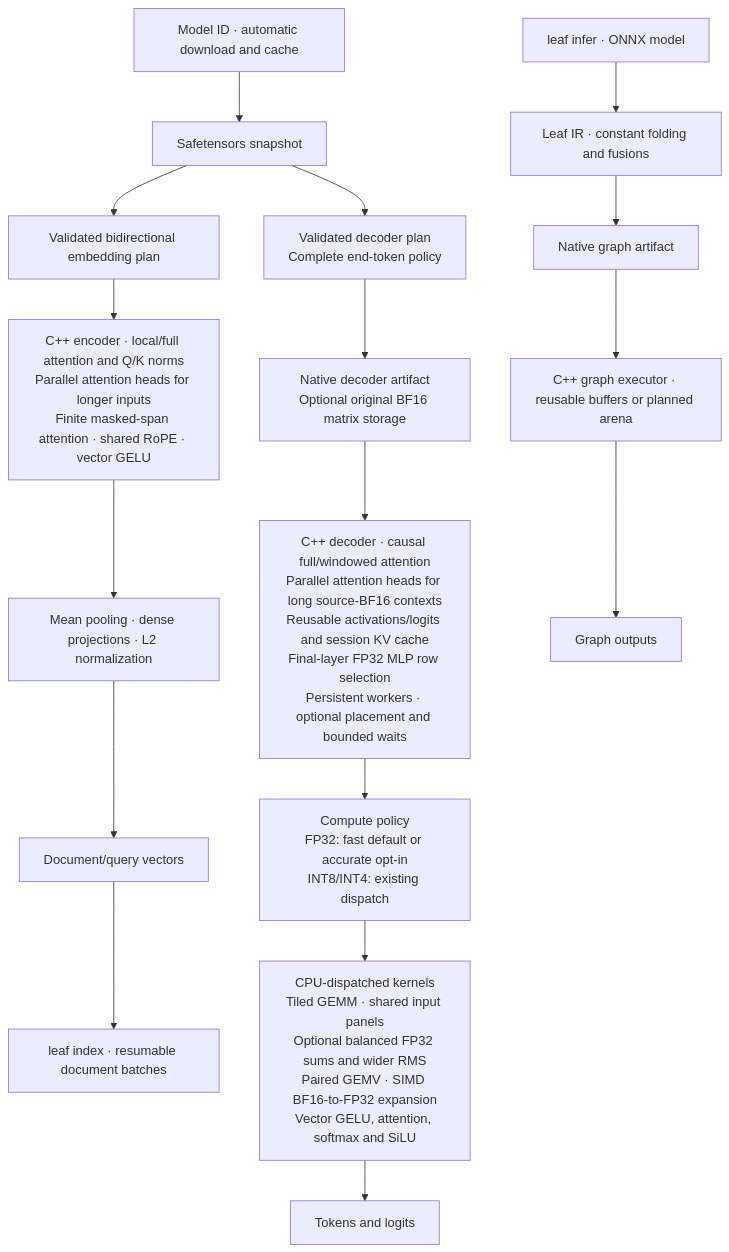
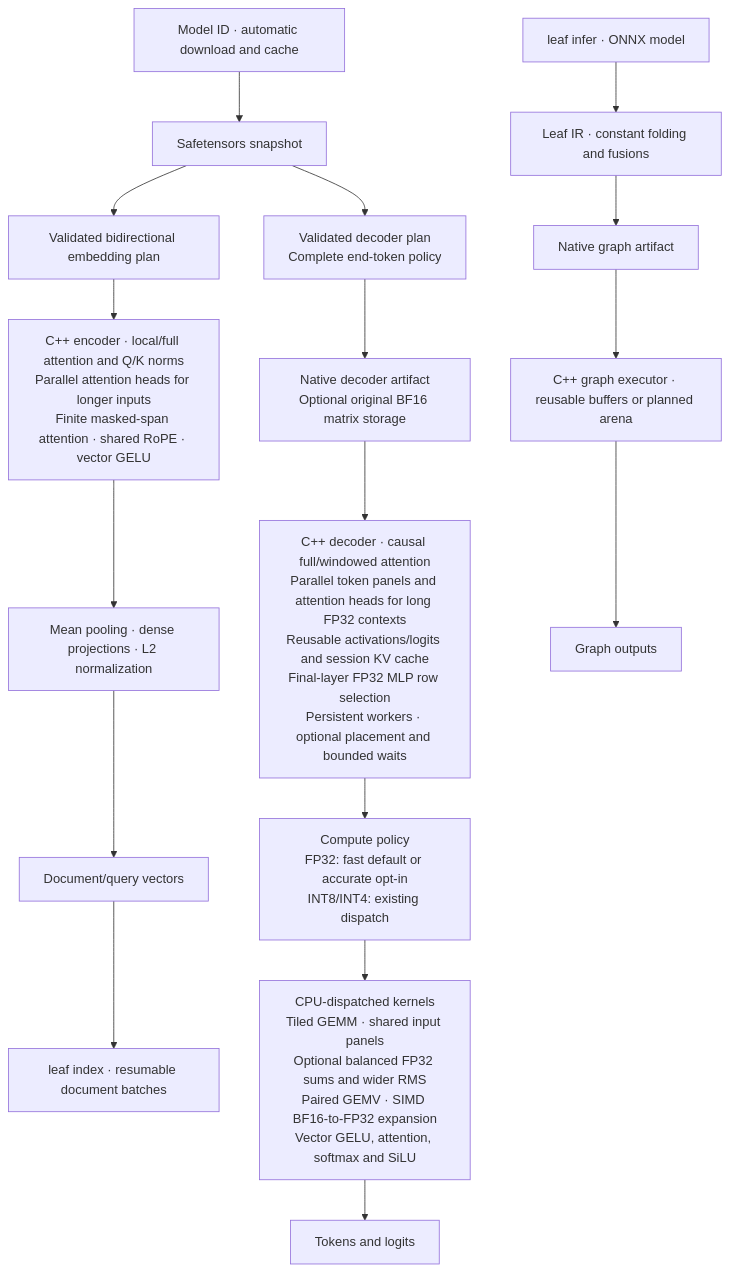
One commit to Nbit-51/Leaf changed the first of 2 diagrams in README.md. Above: the diagram before and after it, drawn with Mermaid. The commit also changed other lines of this file and 8 other files, not shown here.

Commit message:
Parallelize long-context FP32 decoder work on four cores

````diff
--- a/README.md
+++ b/README.md
@@ -177,19 +177,19 @@
 ```mermaid
 flowchart TB
     H["Model ID · automatic download and cache"] --> S["Safetensors snapshot"]
     S --> P["Validated decoder plan<br/>Complete end-token policy"]
     S --> B["Validated bidirectional embedding plan"]
     B --> N["C++ encoder · local/full attention and Q/K norms<br/>Parallel attention heads for longer inputs<br/>Finite masked-span attention · shared RoPE · vector GELU"]
     N --> V["Mean pooling · dense projections · L2 normalization"]
     V --> F["Document/query vectors"]
     F --> I["leaf index · resumable document batches"]
     O["leaf infer · ONNX model"] --> G["Leaf IR · constant folding and fusions"]
     P --> D["Native decoder artifact<br/>Optional original BF16 matrix storage"]
     G --> A["Native graph artifact"]
-    D --> R["C++ decoder · causal full/windowed attention<br/>Parallel attention heads for long source-BF16 contexts<br/>Reusable activations/logits and session KV cache<br/>Final-layer FP32 MLP row selection<br/>Persistent workers · optional placement and bounded waits"]
+    D --> R["C++ decoder · causal full/windowed attention<br/>Parallel token panels and attention heads for long FP32 contexts<br/>Reusable activations/logits and session KV cache<br/>Final-layer FP32 MLP row selection<br/>Persistent workers · optional placement and bounded waits"]
     A --> E["C++ graph executor · reusable buffers or planned arena"]
     R --> M["Compute policy<br/>FP32: fast default or accurate opt-in<br/>INT8/INT4: existing dispatch"]
     M --> K["CPU-dispatched kernels<br/>Tiled GEMM · shared input panels<br/>Optional balanced FP32 sums and wider RMS<br/>Paired GEMV · SIMD BF16-to-FP32 expansion<br/>Vector GELU, attention, softmax and SiLU"]
     K --> T["Tokens and logits"]
     E --> U["Graph outputs"]
 ```
````
